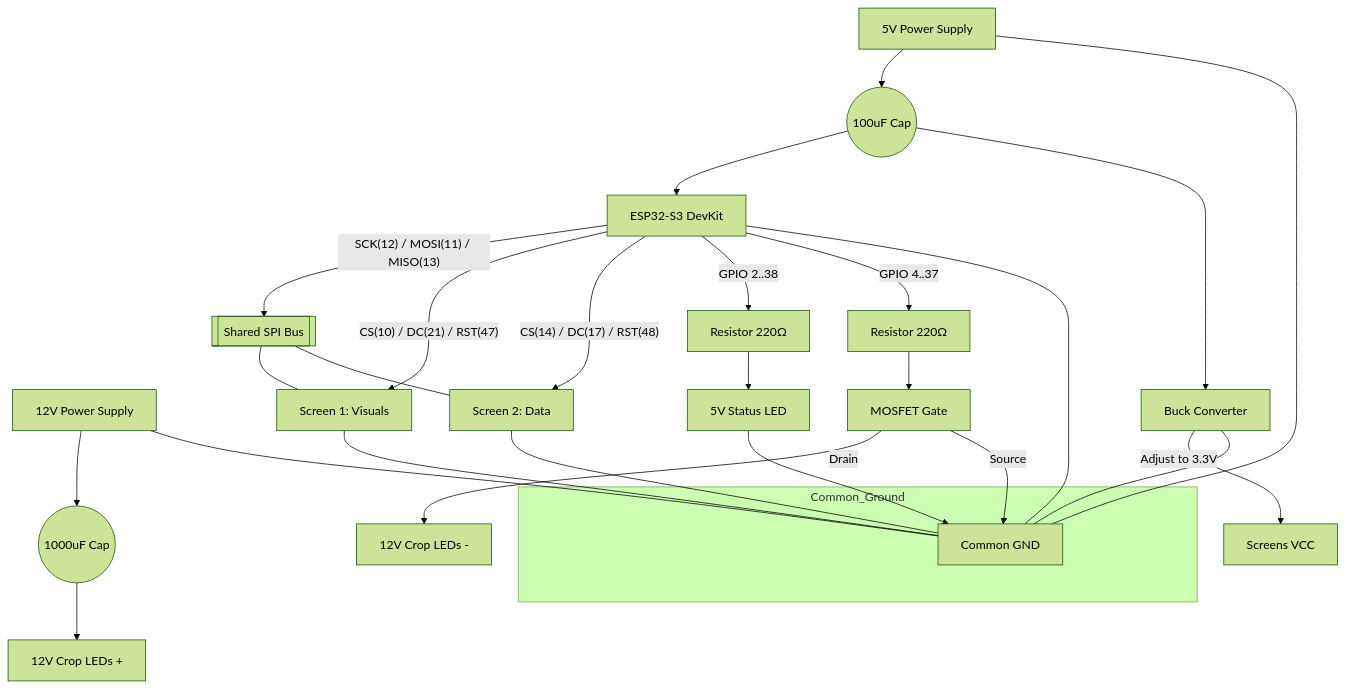
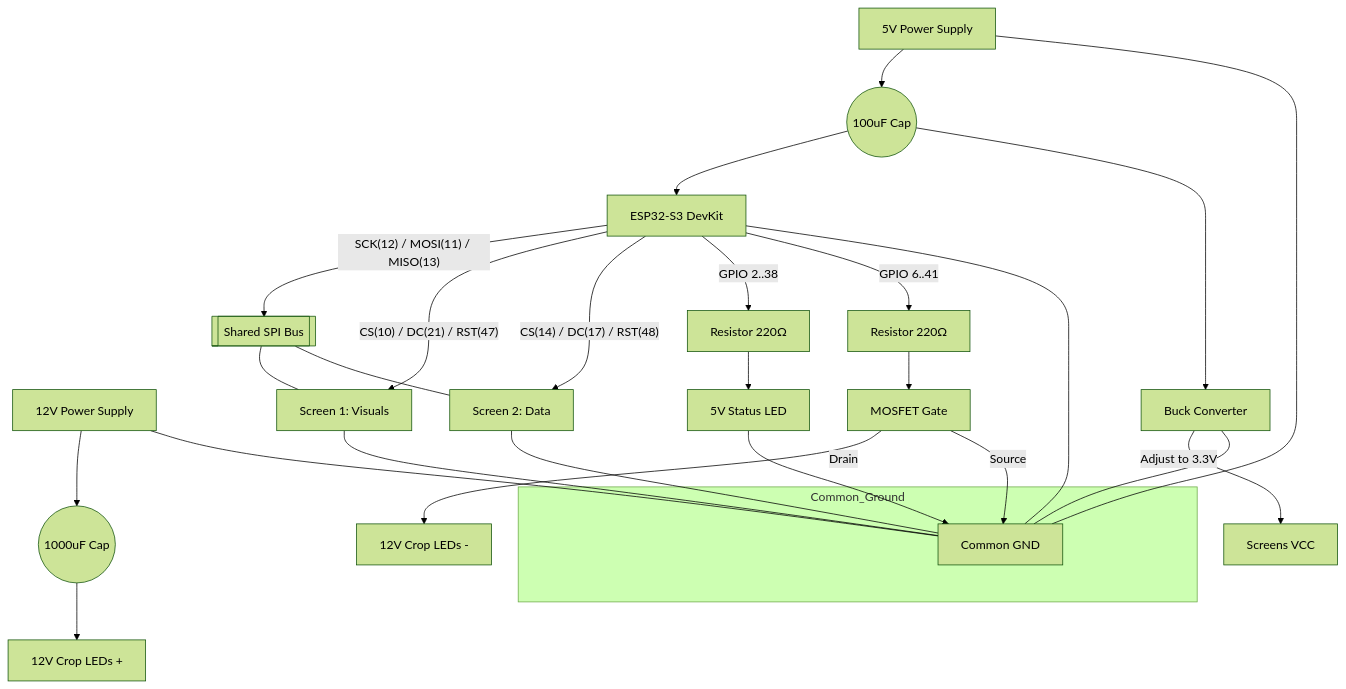
Before and after one commit to akashbiswas7074/krishi: the diagram in walkthrough.md, drawn with Mermaid (forest theme). The commit also changed other lines of this file, not shown here.

````diff
--- a/walkthrough.md
+++ b/walkthrough.md
@@ -79,43 +79,43 @@
 ```mermaid
 graph TD
     %% Power Supplies
     PS_12V[12V Power Supply] --> Cap12V((1000uF Cap))
     Cap12V --> LEDS_12V[12V Crop LEDs +]
     
     PS_5V[5V Power Supply] --> Cap5V((100uF Cap))
     Cap5V --> ESP[ESP32-S3 DevKit]
     Cap5V --> Buck[Buck Converter]
     
     %% Dual Screen Wiring (SPI & Power)
     Buck -- "Adjust to 3.3V" --> VCC_SCREENS[Screens VCC]
     ESP -- "SCK(12) / MOSI(11) / MISO(13)" --> SPI_BUS[[Shared SPI Bus]]
     
     SPI_BUS --- Scr1[Screen 1: Visuals]
     SPI_BUS --- Scr2[Screen 2: Data]
     
     ESP -- "CS(10) / DC(21) / RST(47)" --> Scr1
     ESP -- "CS(14) / DC(17) / RST(48)" --> Scr2
     
     %% Type 1: 5V Status LEDs (Control Panel)
     ESP -- "GPIO 2..38" --> Res5V[Resistor 220Ω]
     Res5V --> LED_5V[5V Status LED]
     LED_5V --> GND
     
     %% Type 2: 12V Crop LEDs (Diorama Fields)
-    ESP -- "GPIO 4..37" --> Res12V[Resistor 220Ω]
+    ESP -- "GPIO 6..41" --> Res12V[Resistor 220Ω]
     Res12V --> MOSFETs[MOSFET Gate]
     MOSFETs -- "Drain" --> LEDS_12V_GND[12V Crop LEDs -]
     MOSFETs -- "Source" --> GND
     
     %% Shared Ground
     subgraph Common_Ground
     GND[Common GND]
     end
     
     ESP --- GND
     PS_12V --- GND
     PS_5V --- GND
     Buck --- GND
     Scr1 --- GND
     Scr2 --- GND
 ```
````
